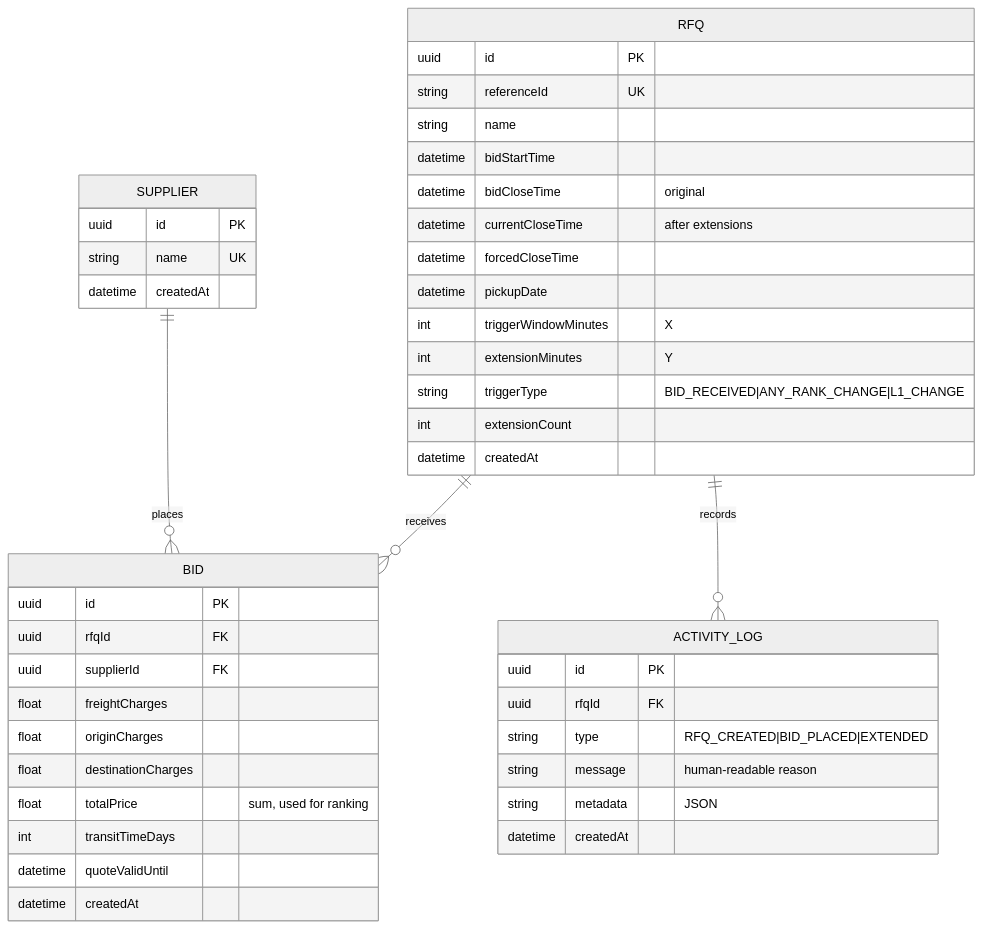
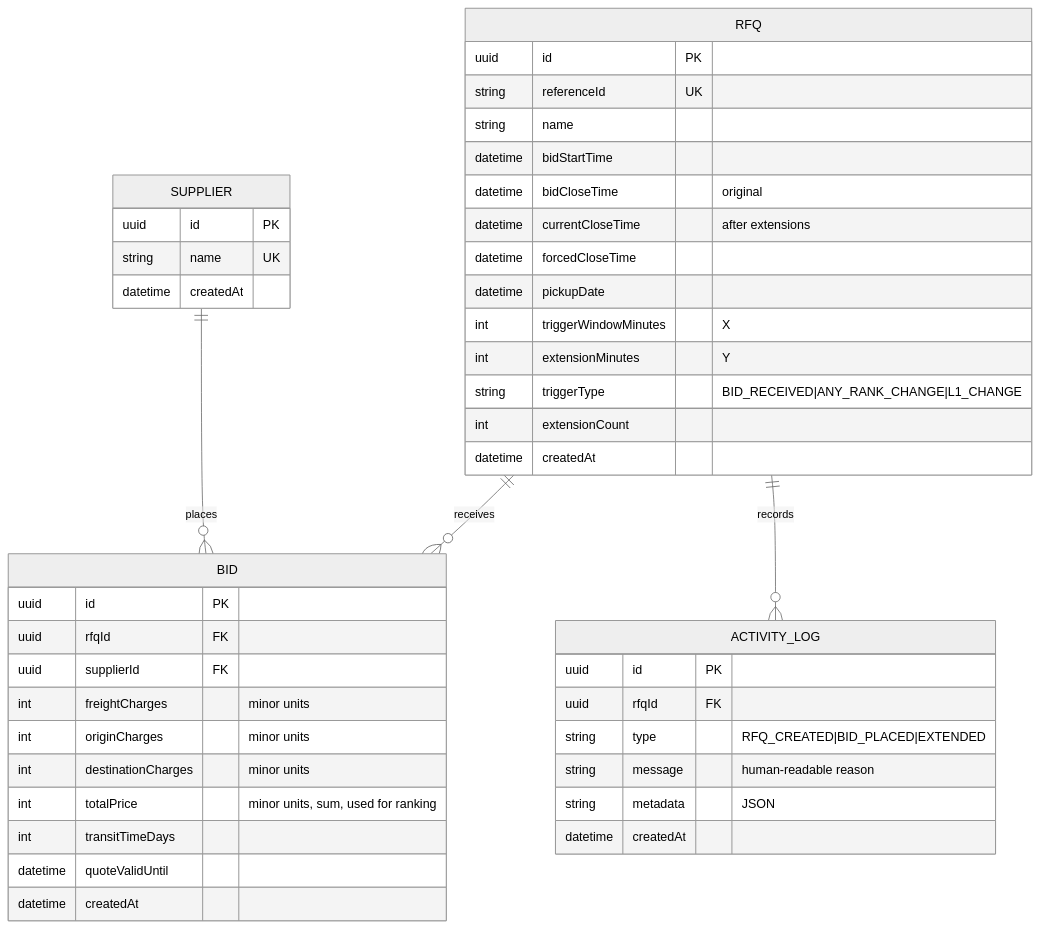
Before and after one commit to Vyoum/gocomet_british: the diagram in docs/SCHEMA.md, drawn with Mermaid (neutral theme). The commit also changed other lines of this file and 13 other files, not shown here.

````diff
--- a/docs/SCHEMA.md
+++ b/docs/SCHEMA.md
@@ -5,46 +5,46 @@
 ```mermaid
 erDiagram
   SUPPLIER ||--o{ BID : places
   RFQ ||--o{ BID : receives
   RFQ ||--o{ ACTIVITY_LOG : records
   SUPPLIER {
     uuid id PK
     string name UK
     datetime createdAt
   }
   RFQ {
     uuid id PK
     string referenceId UK
     string name
     datetime bidStartTime
     datetime bidCloseTime "original"
     datetime currentCloseTime "after extensions"
     datetime forcedCloseTime
     datetime pickupDate
     int triggerWindowMinutes "X"
     int extensionMinutes "Y"
     string triggerType "BID_RECEIVED|ANY_RANK_CHANGE|L1_CHANGE"
     int extensionCount
     datetime createdAt
   }
   BID {
     uuid id PK
     uuid rfqId FK
     uuid supplierId FK
-    float freightCharges
-    float originCharges
-    float destinationCharges
-    float totalPrice "sum, used for ranking"
+    int freightCharges "minor units"
+    int originCharges "minor units"
+    int destinationCharges "minor units"
+    int totalPrice "minor units, sum, used for ranking"
     int transitTimeDays
     datetime quoteValidUntil
     datetime createdAt
   }
   ACTIVITY_LOG {
     uuid id PK
     uuid rfqId FK
     string type "RFQ_CREATED|BID_PLACED|EXTENDED"
     string message "human-readable reason"
     string metadata "JSON"
     datetime createdAt
   }
 ```
````
